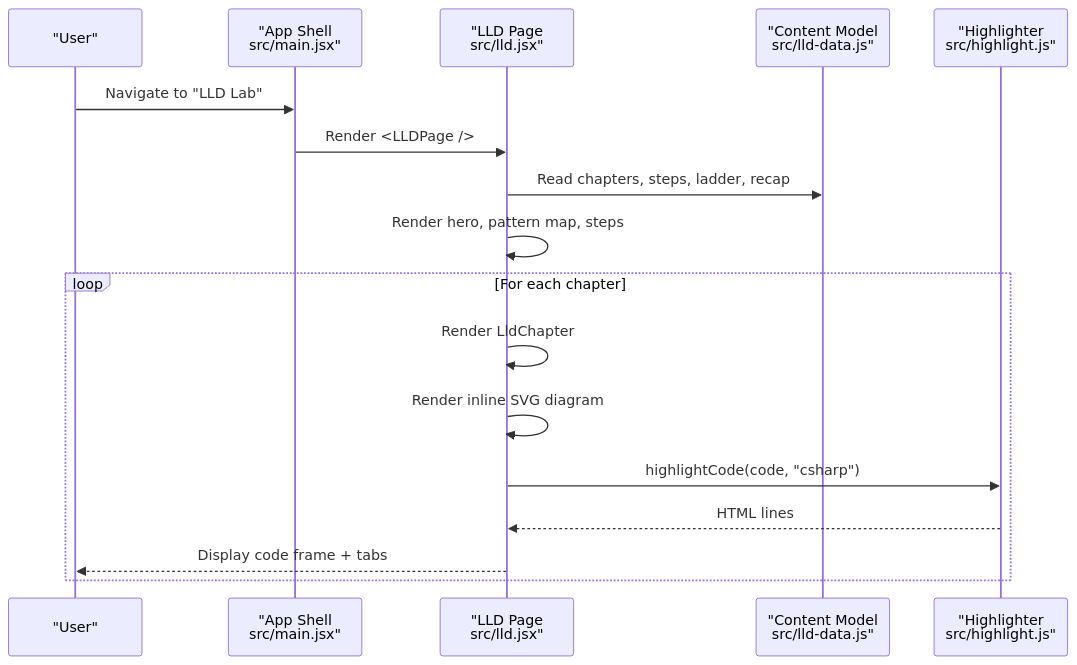
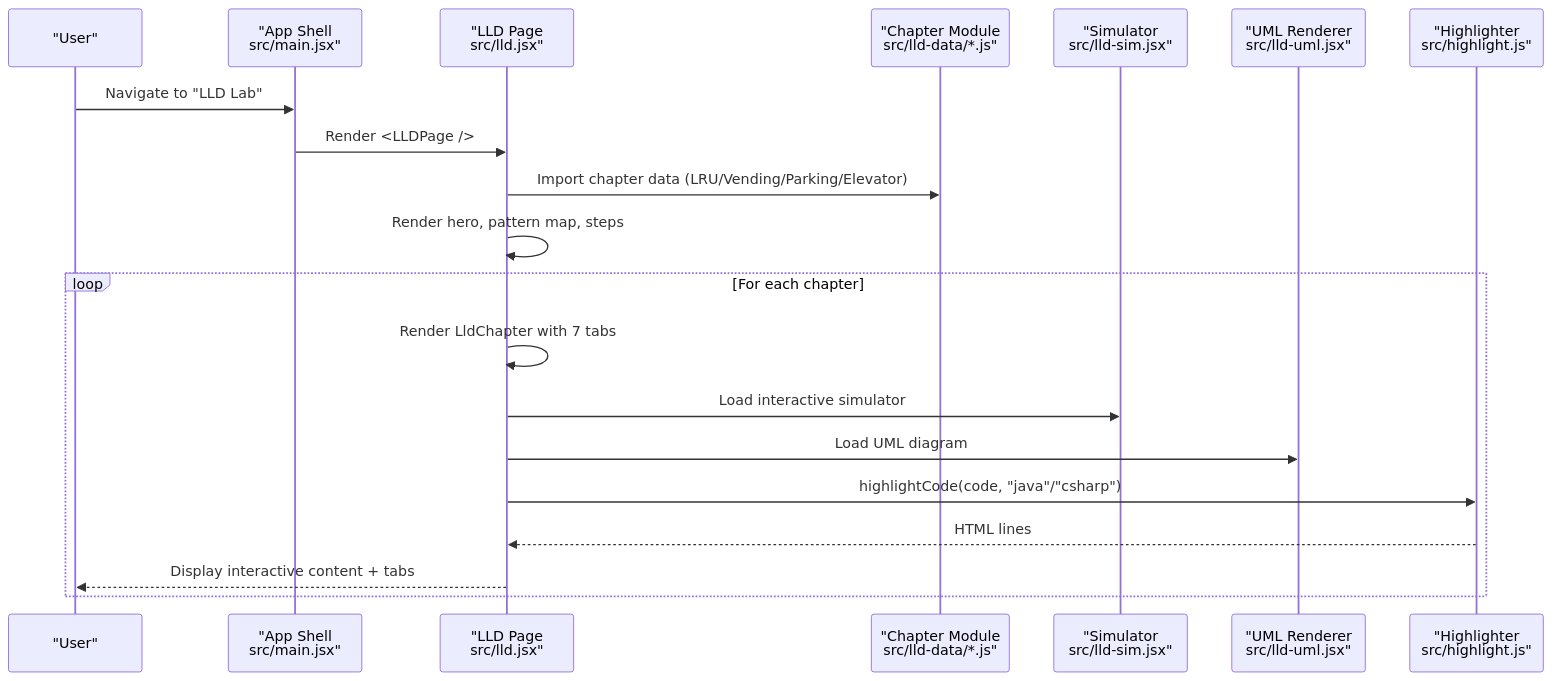
Before and after one commit to iamrituraj/DSA-Tracker: the second of 4 diagrams in .qoder/repowiki/en/content/Frontend Application/LLD Lab Component.md, drawn with Mermaid. The commit also changed other lines of this file and 22 other files, not shown here.

````diff
--- a/.qoder/repowiki/en/content/Frontend Application/LLD Lab Component.md
+++ b/.qoder/repowiki/en/content/Frontend Application/LLD Lab Component.md
@@ -82,19 +112,22 @@
 ```mermaid
 sequenceDiagram
 participant User as "User"
 participant App as "App Shell<br/>src/main.jsx"
 participant LLD as "LLD Page<br/>src/lld.jsx"
-participant Data as "Content Model<br/>src/lld-data.js"
+participant Chapter as "Chapter Module<br/>src/lld-data/*.js"
+participant Sim as "Simulator<br/>src/lld-sim.jsx"
+participant UML as "UML Renderer<br/>src/lld-uml.jsx"
 participant HL as "Highlighter<br/>src/highlight.js"
 User->>App : Navigate to "LLD Lab"
 App->>LLD : Render <LLDPage />
-LLD->>Data : Read chapters, steps, ladder, recap
+LLD->>Chapter : Import chapter data (LRU/Vending/Parking/Elevator)
 LLD->>LLD : Render hero, pattern map, steps
 loop For each chapter
-LLD->>LLD : Render LldChapter
-LLD->>LLD : Render inline SVG diagram
-LLD->>HL : highlightCode(code, "csharp")
+LLD->>LLD : Render LldChapter with 7 tabs
+LLD->>Sim : Load interactive simulator
+LLD->>UML : Load UML diagram
+LLD->>HL : highlightCode(code, "java"/"csharp")
 HL-->>LLD : HTML lines
-LLD-->>User : Display code frame + tabs
+LLD-->>User : Display interactive content + tabs
 end
 ```
````
